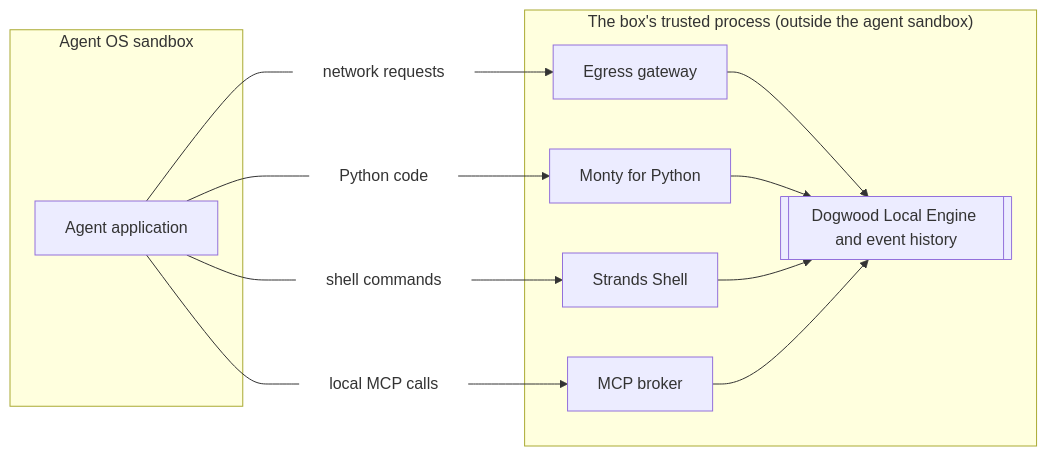
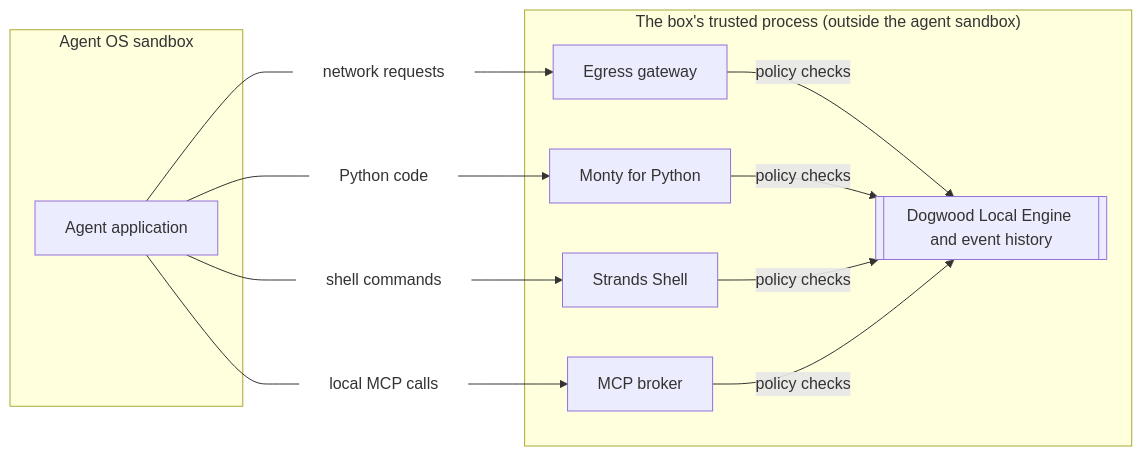
Before and after one commit to Vivek0712/box: the diagram in README.md, drawn with Mermaid. The commit also changed other lines of this file, not shown here.

Commit message:
docs(readme): restore the policy-check labels on the engine edges (#11)

````diff
--- a/README.md
+++ b/README.md
@@ -84,30 +84,30 @@
 ```mermaid
 flowchart LR
     subgraph sandbox["Agent OS sandbox"]
         agent["Agent application"]
     end
 
     net["network requests"]:::label
     py["Python code"]:::label
     sh["shell commands"]:::label
     mc["local MCP calls"]:::label
 
     subgraph trusted["The box's trusted process (outside the agent sandbox)"]
         proxy["Egress gateway"]
         monty["Monty for Python"]
         shell["Strands Shell"]
         mcp["MCP broker"]
         policy[["Dogwood Local Engine and event history"]]
     end
 
     agent --- net --> proxy
     agent --- py --> monty
     agent --- sh --> shell
     agent --- mc --> mcp
-    proxy --> policy
-    monty --> policy
-    shell --> policy
-    mcp --> policy
+    proxy -->|"policy checks"| policy
+    monty -->|"policy checks"| policy
+    shell -->|"policy checks"| policy
+    mcp -->|"policy checks"| policy
 
     classDef label fill:none,stroke:none;
 ```
````
